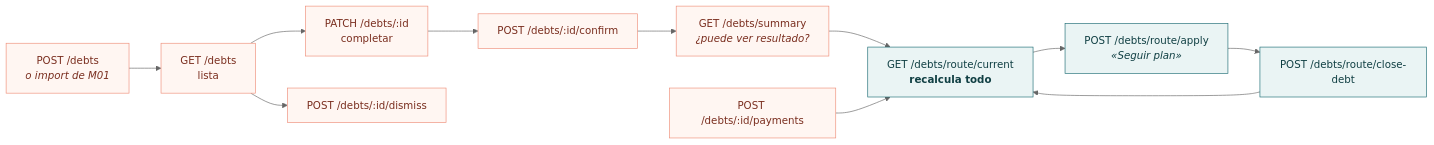
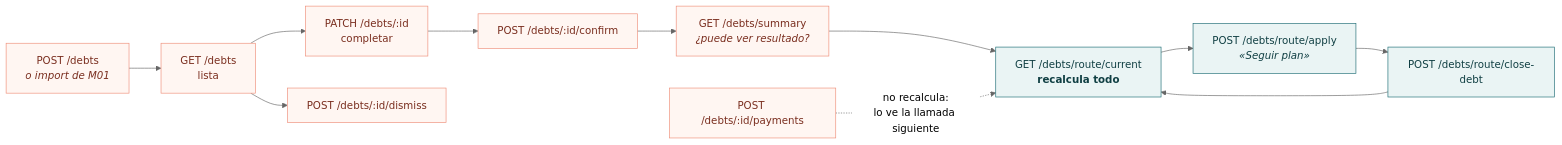
Before and after one commit to miguelherize-creator/walvy-workspace: the third of 6 diagrams in context/modulo04-motor-deudas/motor-m04-en-detalle.md, drawn with Mermaid (neutral theme). The commit also changed other lines of this file and 3 other files, not shown here.

````diff
--- a/context/modulo04-motor-deudas/motor-m04-en-detalle.md
+++ b/context/modulo04-motor-deudas/motor-m04-en-detalle.md
@@ -128,18 +128,18 @@
 ```mermaid
 flowchart LR
     A["POST /debts<br/><i>o import de M01</i>"] --> B["GET /debts<br/>lista"]
     B --> C["PATCH /debts/:id<br/>completar"]
     C --> D["POST /debts/:id/confirm"]
     B --> E["POST /debts/:id/dismiss"]
     D --> F["GET /debts/summary<br/><i>¿puede ver resultado?</i>"]
     F --> G["GET /debts/route/current<br/><b>recalcula todo</b>"]
     G --> H["POST /debts/route/apply<br/><i>«Seguir plan»</i>"]
     H --> I["POST /debts/route/close-debt"]
     I --> G
-    J["POST /debts/:id/payments"] --> G
+    J["POST /debts/:id/payments"] -.->|"no recalcula:<br/>lo ve la llamada siguiente"| G
 
     classDef cap fill:#FFF6F2,stroke:#EE8D78,color:#7A2E1F
     classDef rut fill:#EAF4F4,stroke:#1B6B73,color:#103F43
     class A,B,C,D,E,F,J cap
     class G,H,I rut
 ```
````
